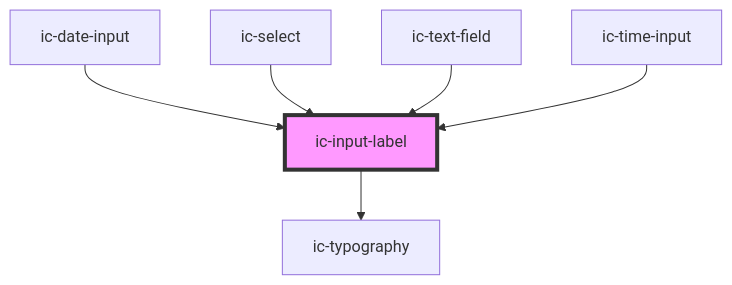
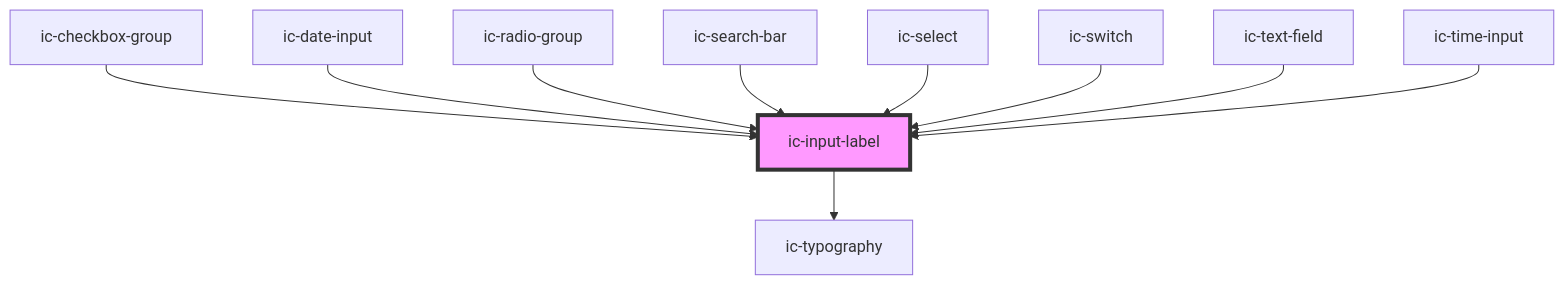
The diagram in packages/web-components/src/components/ic-input-label/readme.md (mi6/ic-ui-kit), drawn with Mermaid before and after one commit. The commit also changed other lines of this file and 24 other files, not shown here.

````diff
--- a/packages/web-components/src/components/ic-input-label/readme.md
+++ b/packages/web-components/src/components/ic-input-label/readme.md
@@ -36,9 +42,13 @@
 ```mermaid
 graph TD;
   ic-input-label --> ic-typography
+  ic-checkbox-group --> ic-input-label
   ic-date-input --> ic-input-label
+  ic-radio-group --> ic-input-label
+  ic-search-bar --> ic-input-label
   ic-select --> ic-input-label
+  ic-switch --> ic-input-label
   ic-text-field --> ic-input-label
   ic-time-input --> ic-input-label
   style ic-input-label fill:#f9f,stroke:#333,stroke-width:4px
 ```
````
